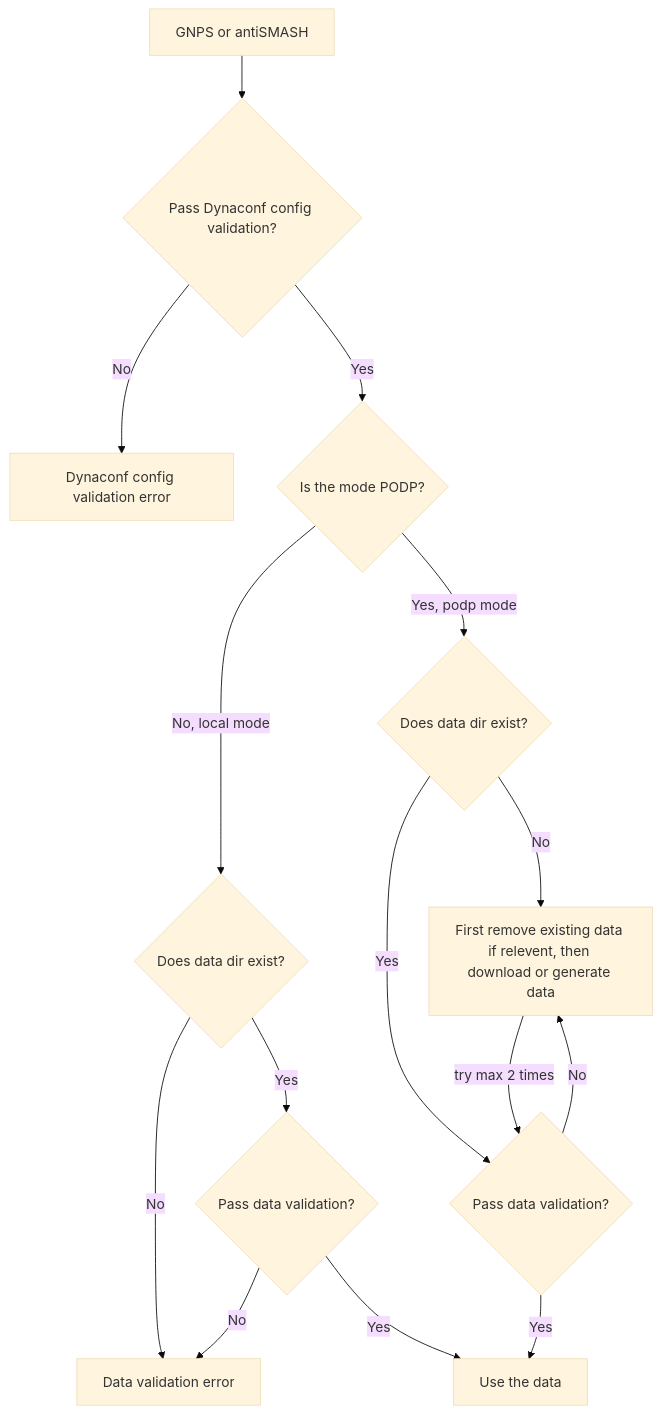
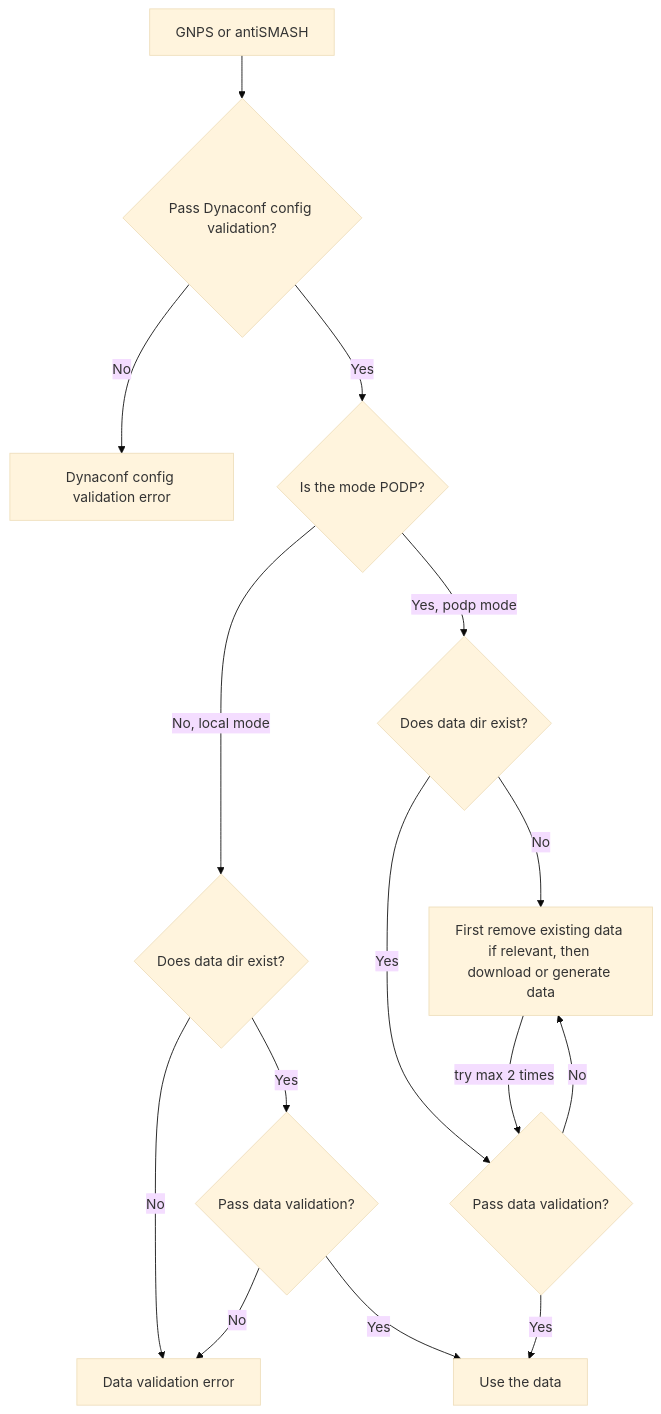
The fourth of 6 diagrams in docs/diagrams/arranger.md (NPLinker/nplinker), drawn with Mermaid (base theme) before and after one commit. The commit also changed other lines of this file and 3 other files, not shown here.

````diff
--- a/docs/diagrams/arranger.md
+++ b/docs/diagrams/arranger.md
@@ -32,23 +32,23 @@
 ``` mermaid
 flowchart TD
     ConfigError[Dynaconf config validation error]
     DataError[Data validation error]
     UseIt[Use the data]
-    Download[First remove existing data if relevent, then download or generate data]
+    Download[First remove existing data if relevant, then download or generate data]
 
     A[GNPS or antiSMASH] --> B{Pass Dynaconf config validation?}
     B -->|No | ConfigError
     B -->|Yes| G{Is the mode PODP?}
     
     G -->|No, local mode| G1{Does data dir exist?}
     G1 -->|No | DataError
     G1 -->|Yes| H{Pass data validation?}
     H --> |No | DataError
     H --> |Yes| UseIt 
 
     G -->|Yes, podp mode| G2{Does data dir exist?}
     G2 --> |No | Download
     G2 --> |Yes | J{Pass data validation?}
     J -->|No | Download --> |try max 2 times| J
     J -->|Yes| UseIt
 ```
````
